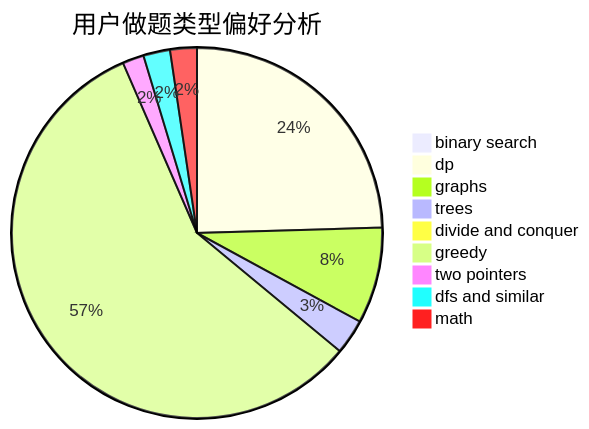
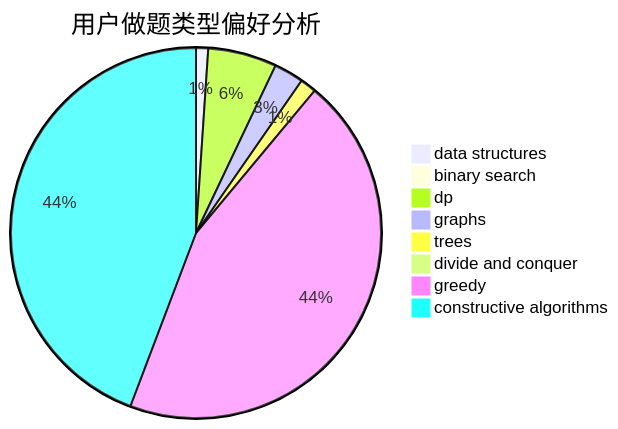
The second of 3 diagrams in docs/user/u548.md (sherpahu/cfrs.github.io), drawn with Mermaid before and after one commit. The commit also changed other lines of this file and 2775 other files, not shown here.

````diff
--- a/docs/user/u548.md
+++ b/docs/user/u548.md
@@ -23,12 +23,11 @@
 ```mermaid
 pie title 用户做题类型偏好分析
-    "binary search" :  9
-    "dp" :  368
-    "graphs" :  126
-    "trees" :  46
+    "data structures" :  9
+    "binary search" :  8
+    "dp" :  51
+    "graphs" :  22
+    "trees" :  12
     "divide and conquer" :  0
-    "greedy" :  862
-    "two pointers" :  28
-    "dfs and similar" :  35
-    "math" :  35
+    "greedy" :  380
+    "constructive algorithms" :  376
 ```
````
